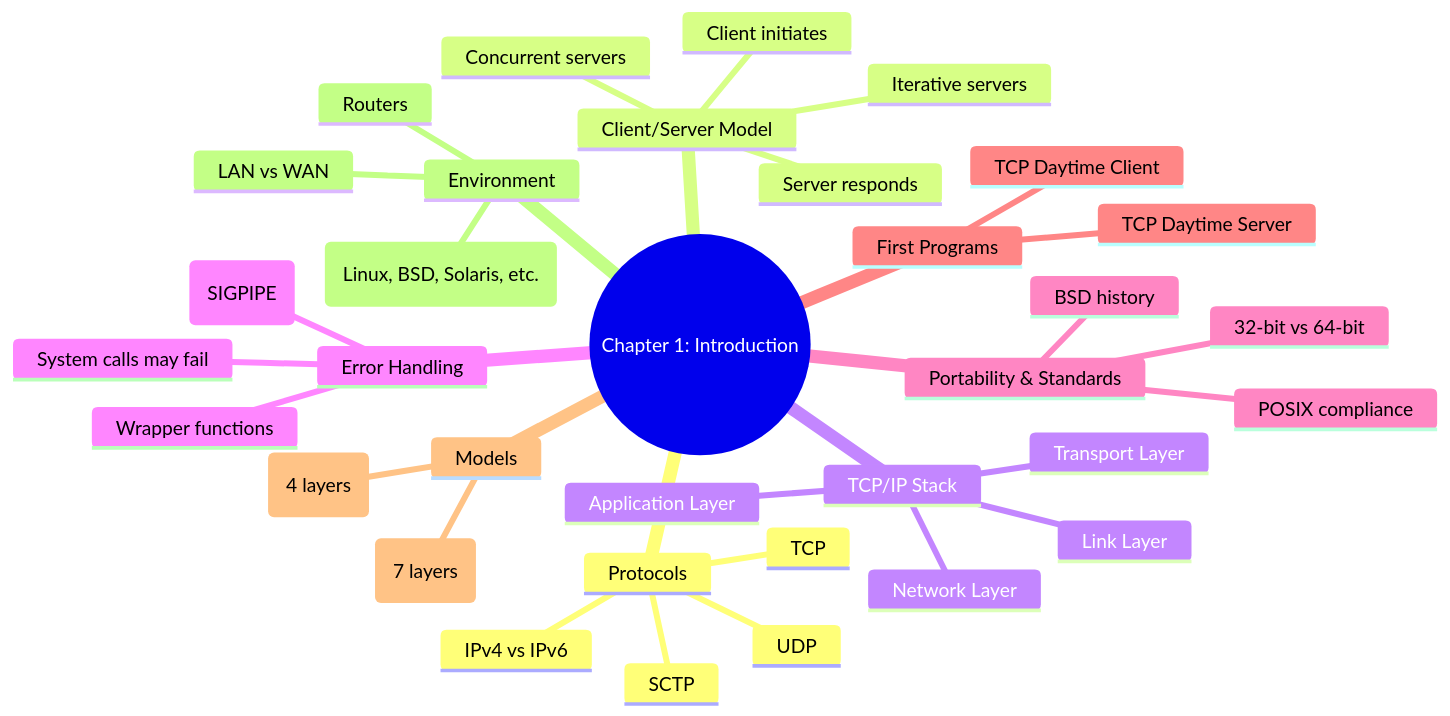
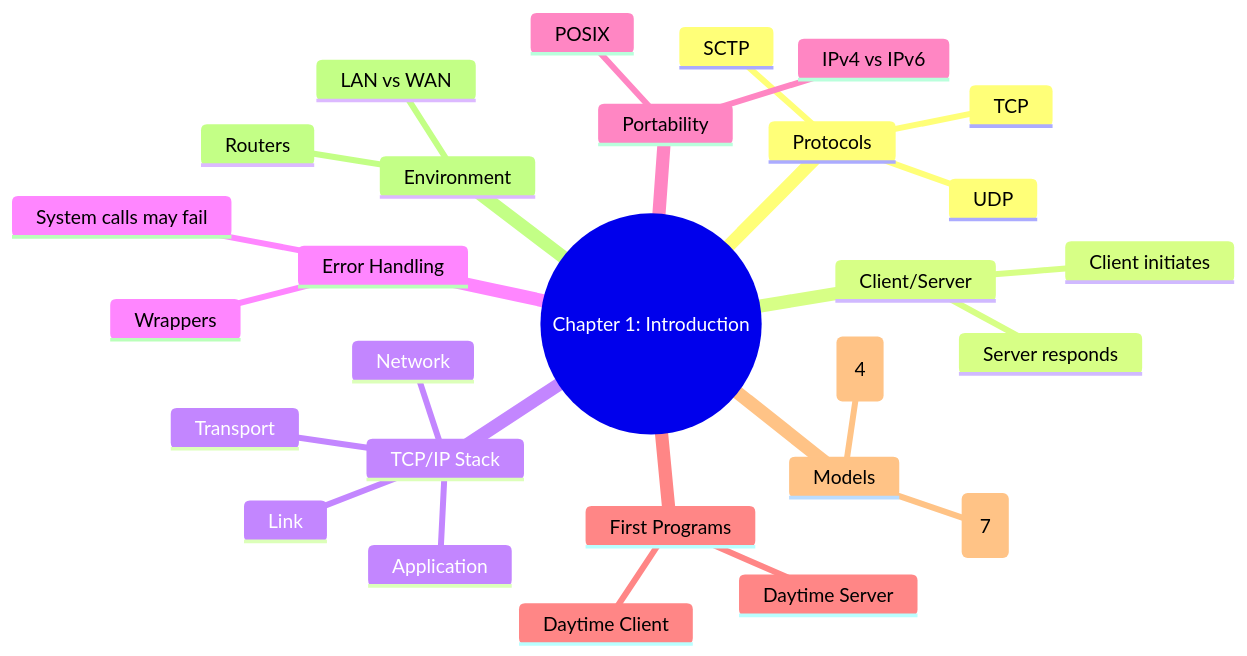
Before and after one commit to Frozen-Potato/WhateverTheFuckThisIs: the diagram in Unix Network/Chapter1.md, drawn with Mermaid.

````diff
--- a/Unix Network/Chapter1.md
+++ b/Unix Network/Chapter1.md
@@ -5,38 +5,33 @@
 ```mermaid
 mindmap
   root((Chapter 1: Introduction))
     Protocols
       TCP
       UDP
       SCTP
-      IPv4 vs IPv6
-    Client/Server Model
+    Client/Server
       Client initiates
       Server responds
-      Iterative servers
-      Concurrent servers
     TCP/IP Stack
-      Application Layer
-      Transport Layer
-      Network Layer
-      Link Layer
+      Application
+      Transport
+      Network
+      Link
     Error Handling
       System calls may fail
-      Wrapper functions
-      Signals (SIGPIPE)
-    Portability & Standards
-      POSIX compliance
-      BSD history
-      32-bit vs 64-bit
+      Wrappers
+    Portability
+      POSIX
+      IPv4 vs IPv6
     First Programs
-      TCP Daytime Client
-      TCP Daytime Server
+      Daytime Client
+      Daytime Server
     Models
-      OSI (7 layers)
-      TCP/IP (4 layers)
+      OSI (7)
+      TCP/IP (4)
     Environment
       LAN vs WAN
       Routers
-      Test hosts (Linux, BSD, Solaris, etc.)
+
 
 ```
````
